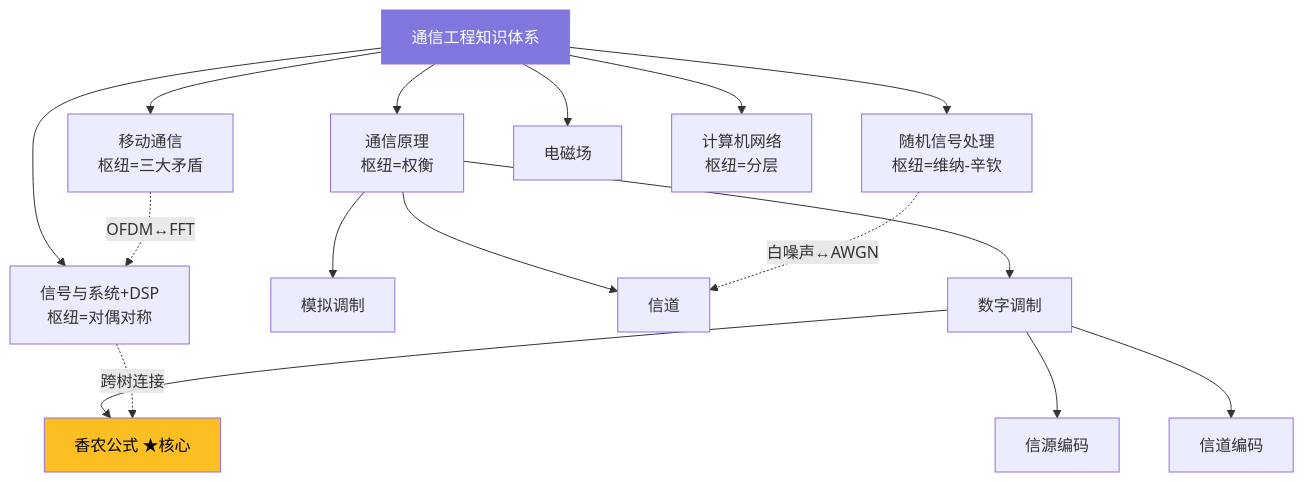
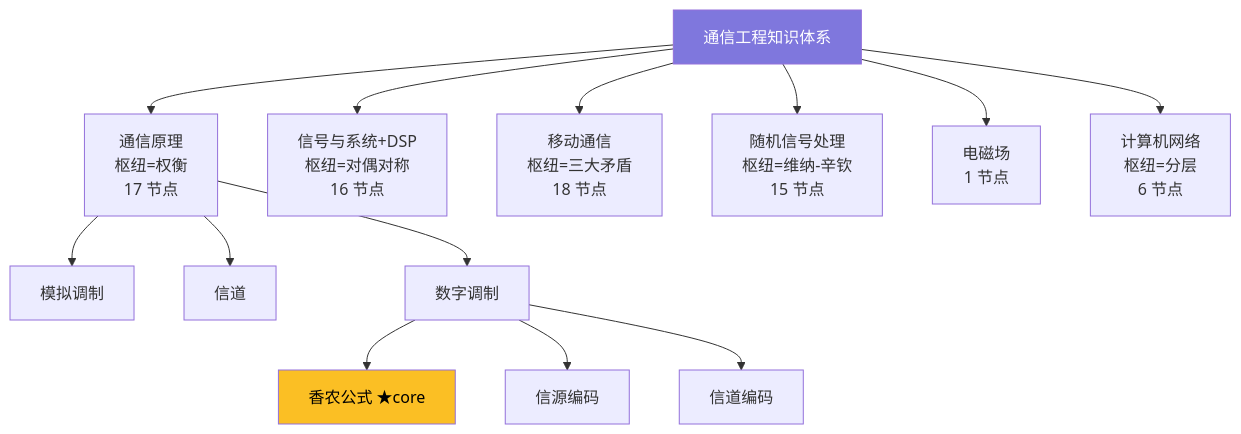
The second of 3 diagrams in README.md (Baixiaodou/comm-knowledge-graph), drawn with Mermaid before and after one commit. The commit also changed other lines of this file, not shown here.

````diff
--- a/README.md
+++ b/README.md
@@ -42,23 +160,19 @@
 ```mermaid
 graph TB
-    ROOT[通信工程知识体系] --> COMM[通信原理<br/>枢纽=权衡]
-    ROOT --> DSP[信号与系统+DSP<br/>枢纽=对偶对称]
-    ROOT --> MOB[移动通信<br/>枢纽=三大矛盾]
-    ROOT --> RSP[随机信号处理<br/>枢纽=维纳-辛钦]
-    ROOT --> EMF[电磁场]
-    ROOT --> NET[计算机网络<br/>枢纽=分层]
+    ROOT[通信工程知识体系] --> COMM[通信原理<br/>枢纽=权衡<br/>17 节点]
+    ROOT --> DSP[信号与系统+DSP<br/>枢纽=对偶对称<br/>16 节点]
+    ROOT --> MOB[移动通信<br/>枢纽=三大矛盾<br/>18 节点]
+    ROOT --> RSP[随机信号处理<br/>枢纽=维纳-辛钦<br/>15 节点]
+    ROOT --> EMF[电磁场<br/>1 节点]
+    ROOT --> NET[计算机网络<br/>枢纽=分层<br/>6 节点]
 
     COMM --> C1[模拟调制]
     COMM --> C2[信道]
     COMM --> C3[数字调制]
-    C3 --> C31[香农公式 ★核心]
+    C3 --> C31[香农公式 ★core]
     C3 --> C32[信源编码]
     C3 --> C33[信道编码]
-
-    DSP -.->|跨树连接| C31
-    MOB -.->|OFDM↔FFT| DSP
-    RSP -.->|白噪声↔AWGN| C2
 
     style ROOT fill:#7f77dd,color:#fff
     style C31 fill:#fbbf24,color:#000
 ```
````
